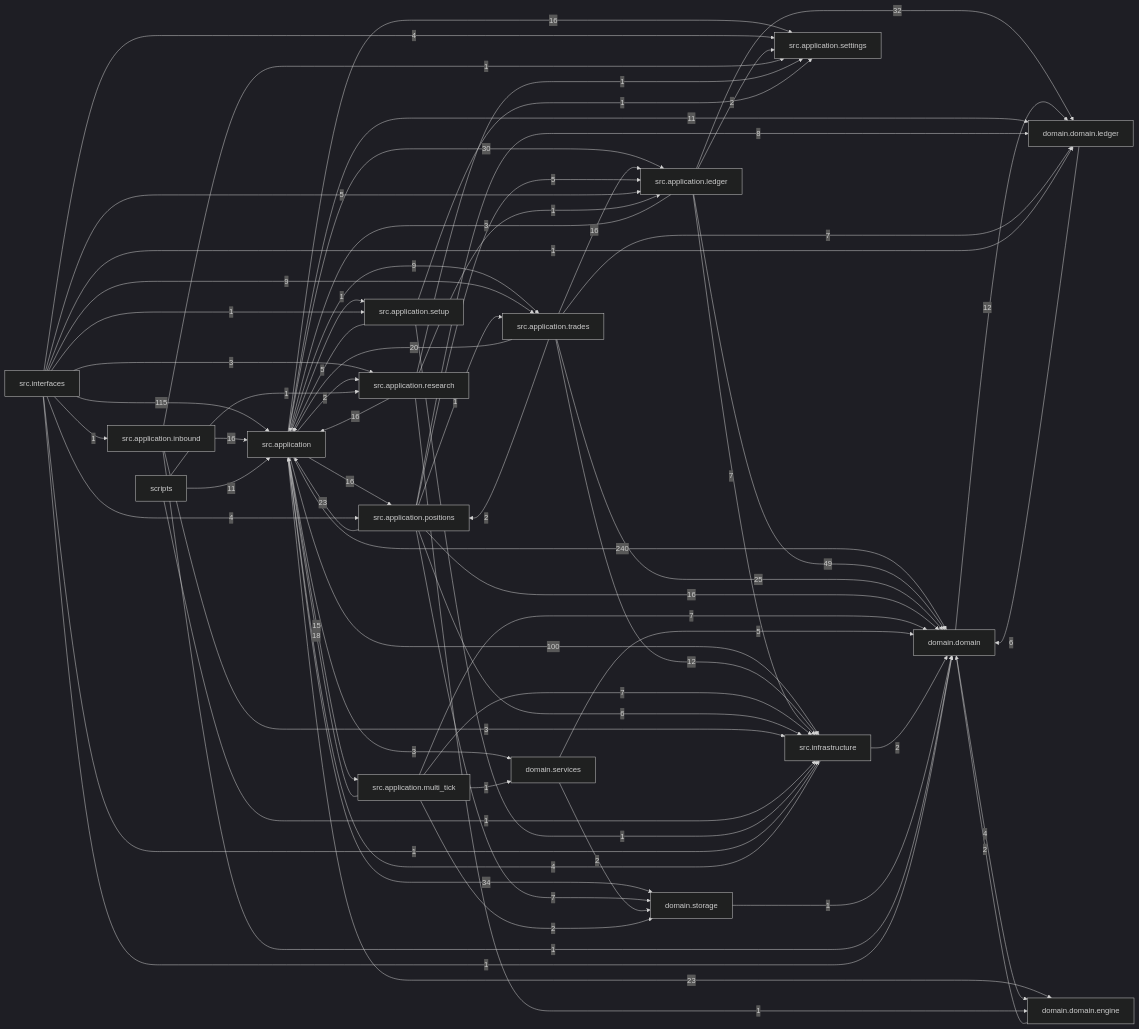
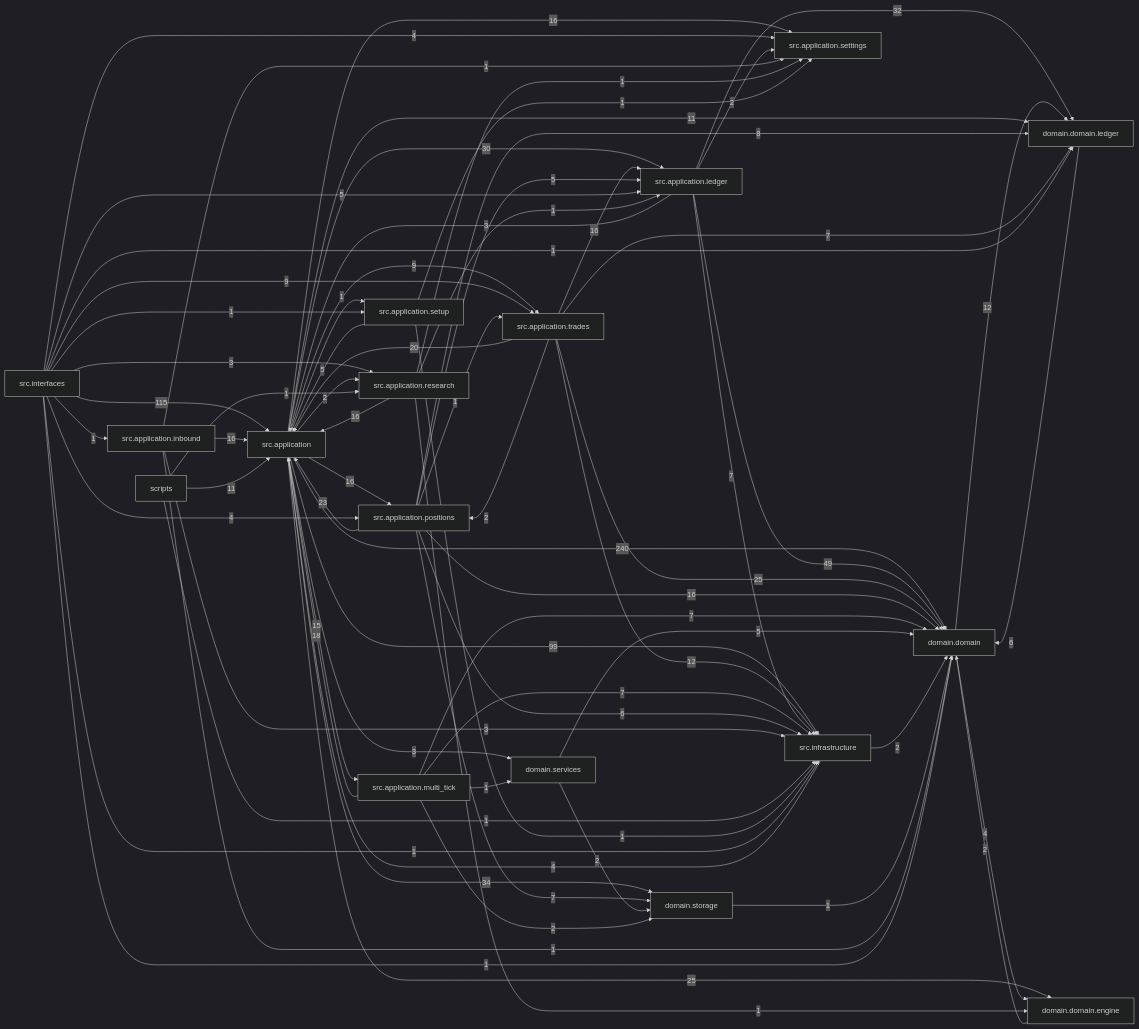
The diagram in docs/dependency_graph.mmd (liuxie066/options-monitor), drawn with Mermaid (dark theme) before and after one commit. The commit also changed 34 other files, not shown here.

```diff
--- a/docs/dependency_graph.mmd
+++ b/docs/dependency_graph.mmd
@@ -1,71 +1,71 @@
 flowchart LR
   src_application["src.application"] -->|240| domain_domain["domain.domain"]
   src_interfaces["src.interfaces"] -->|115| src_application["src.application"]
-  src_application["src.application"] -->|100| src_infrastructure["src.infrastructure"]
+  src_application["src.application"] -->|99| src_infrastructure["src.infrastructure"]
   src_application_ledger["src.application.ledger"] -->|49| domain_domain["domain.domain"]
   src_application["src.application"] -->|34| domain_storage["domain.storage"]
   src_application_ledger["src.application.ledger"] -->|32| domain_domain_ledger["domain.domain.ledger"]
   src_application["src.application"] -->|30| src_application_ledger["src.application.ledger"]
+  src_application["src.application"] -->|25| domain_domain_engine["domain.domain.engine"]
   src_application_trades["src.application.trades"] -->|25| domain_domain["domain.domain"]
-  src_application["src.application"] -->|23| domain_domain_engine["domain.domain.engine"]
   src_application_positions["src.application.positions"] -->|23| src_application["src.application"]
   src_application_trades["src.application.trades"] -->|20| src_application["src.application"]
   src_application_multi_tick["src.application.multi_tick"] -->|18| src_application["src.application"]
   src_application["src.application"] -->|16| src_application_positions["src.application.positions"]
   src_application["src.application"] -->|16| src_application_settings["src.application.settings"]
   src_application_inbound["src.application.inbound"] -->|16| src_application["src.application"]
   src_application_positions["src.application.positions"] -->|16| domain_domain["domain.domain"]
   src_application_research["src.application.research"] -->|16| src_application["src.application"]
   src_application_trades["src.application.trades"] -->|16| src_application_ledger["src.application.ledger"]
   src_application["src.application"] -->|15| src_application_multi_tick["src.application.multi_tick"]
   domain_domain["domain.domain"] -->|12| domain_domain_ledger["domain.domain.ledger"]
   src_application_trades["src.application.trades"] -->|12| src_infrastructure["src.infrastructure"]
   scripts["scripts"] -->|11| src_application["src.application"]
   src_application["src.application"] -->|11| domain_domain_ledger["domain.domain.ledger"]
   src_application["src.application"] -->|9| src_application_trades["src.application.trades"]
   src_interfaces["src.interfaces"] -->|9| src_application_trades["src.application.trades"]
   src_application_positions["src.application.positions"] -->|8| domain_domain_ledger["domain.domain.ledger"]
   src_application_ledger["src.application.ledger"] -->|7| src_infrastructure["src.infrastructure"]
   src_application_multi_tick["src.application.multi_tick"] -->|7| domain_domain["domain.domain"]
   src_application_multi_tick["src.application.multi_tick"] -->|7| src_infrastructure["src.infrastructure"]
   src_application_positions["src.application.positions"] -->|7| domain_storage["domain.storage"]
   src_application_trades["src.application.trades"] -->|7| domain_domain_ledger["domain.domain.ledger"]
   domain_domain_ledger["domain.domain.ledger"] -->|6| domain_domain["domain.domain"]
   src_application_positions["src.application.positions"] -->|6| src_infrastructure["src.infrastructure"]
   domain_services["domain.services"] -->|5| domain_domain["domain.domain"]
   src_application_positions["src.application.positions"] -->|5| src_application_ledger["src.application.ledger"]
   src_application_setup["src.application.setup"] -->|5| src_application["src.application"]
   src_interfaces["src.interfaces"] -->|5| src_application_ledger["src.application.ledger"]
   domain_domain["domain.domain"] -->|4| domain_domain_engine["domain.domain.engine"]
   src_infrastructure["src.infrastructure"] -->|4| src_application["src.application"]
   src_interfaces["src.interfaces"] -->|4| src_application_positions["src.application.positions"]
   src_interfaces["src.interfaces"] -->|4| src_application_settings["src.application.settings"]
   src_application["src.application"] -->|3| domain_services["domain.services"]
   src_application_inbound["src.application.inbound"] -->|3| src_infrastructure["src.infrastructure"]
   src_application_ledger["src.application.ledger"] -->|3| src_application["src.application"]
   src_interfaces["src.interfaces"] -->|3| src_application_research["src.application.research"]
   domain_domain_engine["domain.domain.engine"] -->|2| domain_domain["domain.domain"]
   domain_services["domain.services"] -->|2| domain_storage["domain.storage"]
   src_application["src.application"] -->|2| src_application_research["src.application.research"]
   src_application_ledger["src.application.ledger"] -->|2| src_application_settings["src.application.settings"]
   src_application_multi_tick["src.application.multi_tick"] -->|2| domain_storage["domain.storage"]
   src_application_trades["src.application.trades"] -->|2| src_application_positions["src.application.positions"]
   src_infrastructure["src.infrastructure"] -->|2| domain_domain["domain.domain"]
   domain_storage["domain.storage"] -->|1| domain_domain["domain.domain"]
   scripts["scripts"] -->|1| src_application_research["src.application.research"]
   scripts["scripts"] -->|1| src_infrastructure["src.infrastructure"]
   src_application["src.application"] -->|1| src_application_setup["src.application.setup"]
   src_application_inbound["src.application.inbound"] -->|1| domain_domain["domain.domain"]
   src_application_inbound["src.application.inbound"] -->|1| src_application_settings["src.application.settings"]
   src_application_multi_tick["src.application.multi_tick"] -->|1| domain_services["domain.services"]
   src_application_positions["src.application.positions"] -->|1| src_application_trades["src.application.trades"]
   src_application_research["src.application.research"] -->|1| domain_domain_engine["domain.domain.engine"]
   src_application_research["src.application.research"] -->|1| src_application_ledger["src.application.ledger"]
   src_application_research["src.application.research"] -->|1| src_application_settings["src.application.settings"]
   src_application_setup["src.application.setup"] -->|1| src_application_settings["src.application.settings"]
   src_application_setup["src.application.setup"] -->|1| src_infrastructure["src.infrastructure"]
   src_interfaces["src.interfaces"] -->|1| domain_domain["domain.domain"]
   src_interfaces["src.interfaces"] -->|1| domain_domain_ledger["domain.domain.ledger"]
   src_interfaces["src.interfaces"] -->|1| src_application_inbound["src.application.inbound"]
   src_interfaces["src.interfaces"] -->|1| src_application_setup["src.application.setup"]
   src_interfaces["src.interfaces"] -->|1| src_infrastructure["src.infrastructure"]
```
